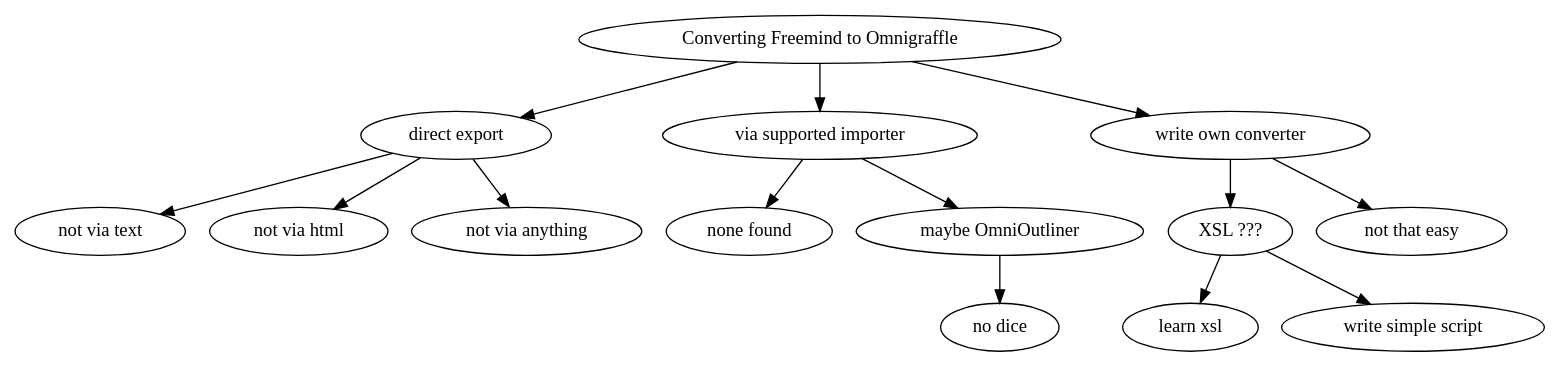
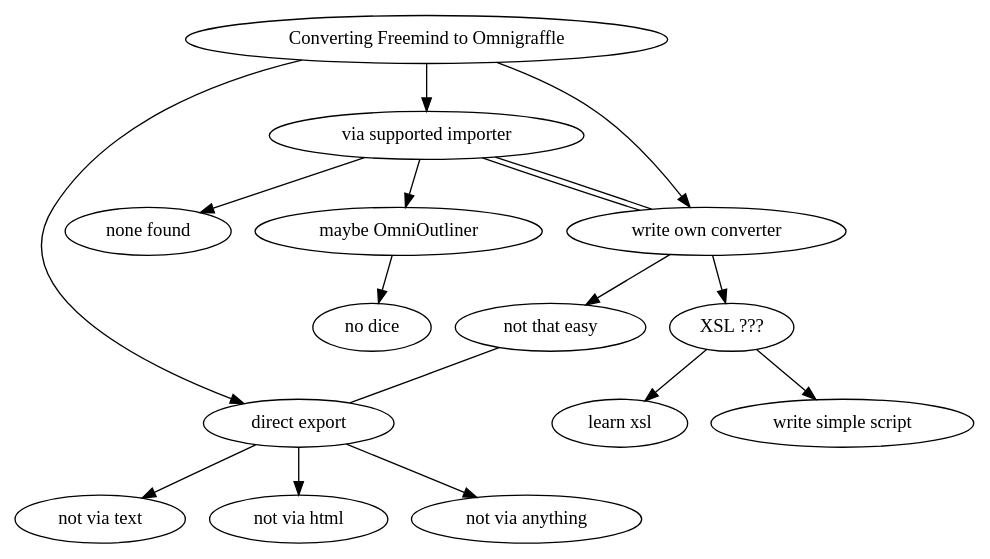
Before and after one commit to mu1tiplex/freemind2dot: the diagram in test.dot, drawn with Graphviz. The commit also changed 2 other files, not shown here.

```diff
--- a/test.dot
+++ b/test.dot
@@ -1,31 +1,34 @@
 
     digraph export { 
     ID_478820803 [label="Converting Freemind to Omnigraffle"]; 
         ID_1275403636 [label="direct export"]; 
         ID_222087364 [label="not via text"]; 
         ID_37871273 [label="not via html"]; 
         ID_348595389 [label="not via anything"]; 
         ID_108985482 [label="via supported importer"]; 
         ID_1679504492 [label="none found"]; 
         ID_1730046653 [label="maybe OmniOutliner"]; 
         ID_1573594178 [label="no dice"]; 
         ID_800601001 [label="write own converter"]; 
         ID_538413838 [label="XSL ???"]; 
         ID_1341545522 [label="learn xsl"]; 
         ID_1240445174 [label="write simple script"]; 
         ID_922972562 [label="not that easy"]; 
         ID_478820803 -> ID_1275403636 ;
+        ID_922972562 -> ID_1275403636 [dir=none];
         ID_1275403636 -> ID_222087364 ;
         ID_1275403636 -> ID_37871273 ;
         ID_1275403636 -> ID_348595389 ;
         ID_478820803 -> ID_108985482 ;
+        ID_800601001 -> ID_108985482 [dir=none];
         ID_108985482 -> ID_1679504492 ;
         ID_108985482 -> ID_1730046653 ;
         ID_1730046653 -> ID_1573594178 ;
         ID_478820803 -> ID_800601001 ;
+        ID_108985482 -> ID_800601001 [dir=none];
         ID_800601001 -> ID_538413838 ;
         ID_538413838 -> ID_1341545522 ;
         ID_538413838 -> ID_1240445174 ;
         ID_800601001 -> ID_922972562 ;
         
     }
```
